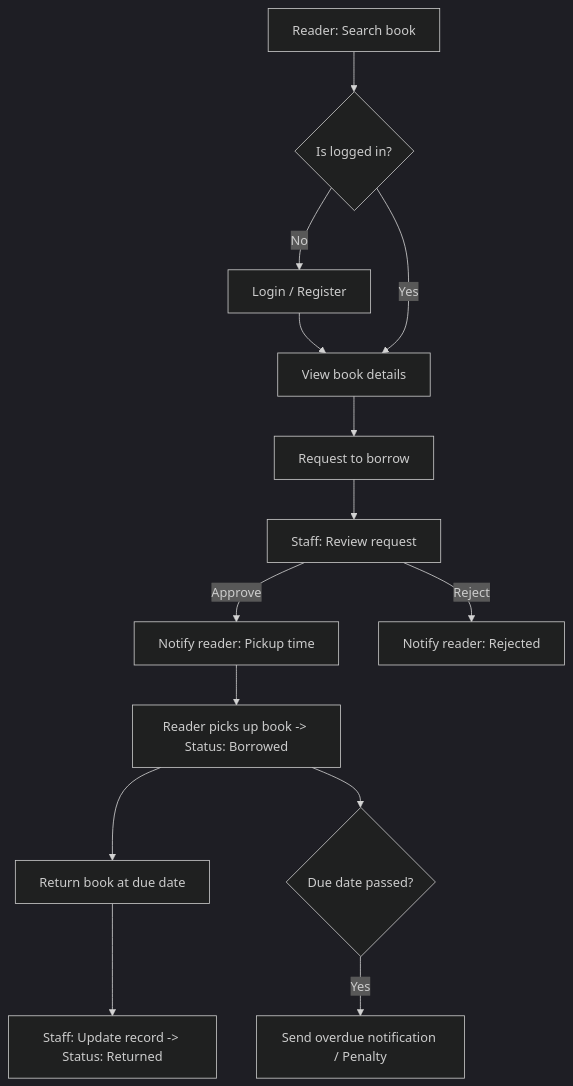
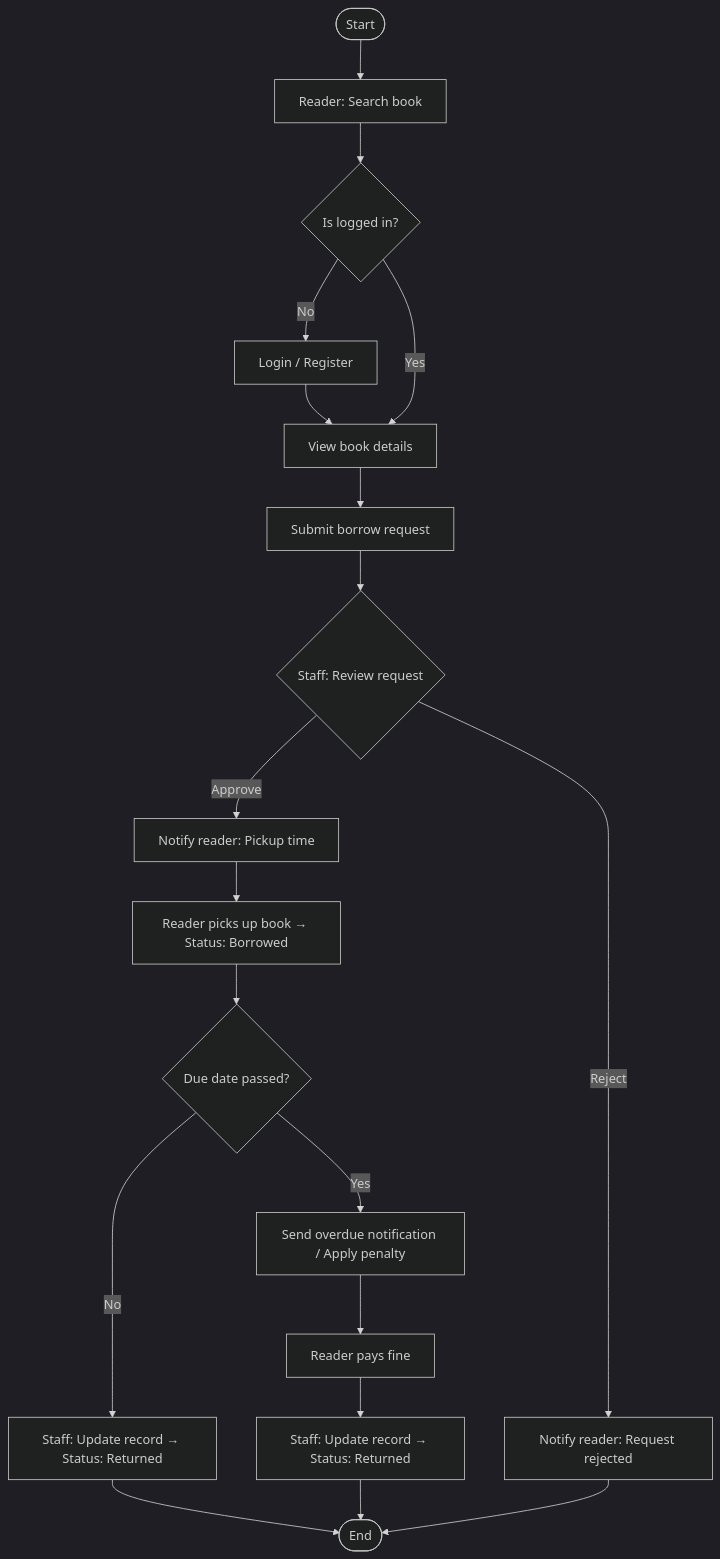
Before and after one commit to lthnhuw/Library-Borrowing-Management-System: the diagram in README.md, drawn with Mermaid (dark theme).

````diff
--- a/README.md
+++ b/README.md
@@ -33,16 +33,37 @@
 ```mermaid
 flowchart TD
-  A[Reader: Search book] --> B{Is logged in?}
+  %% Start of process
+  Start([Start]) --> A[Reader: Search book]
+
+  %% Login check
+  A --> B{Is logged in?}
   B -- No --> C[Login / Register]
   C --> D[View book details]
   B -- Yes --> D
-  D --> E[Request to borrow]
-  E --> F[Staff: Review request]
+
+  %% Borrow request
+  D --> E[Submit borrow request]
+
+  %% Staff review
+  E --> F{Staff: Review request}
   F -- Approve --> G[Notify reader: Pickup time]
-  F -- Reject --> H[Notify reader: Rejected]
-  G --> I[Reader picks up book -> Status: Borrowed]
-  I --> J[Return book at due date]
-  J --> K[Staff: Update record -> Status: Returned]
+  F -- Reject --> H[Notify reader: Request rejected]
+
+  %% Borrowed status
+  G --> I[Reader picks up book → Status: Borrowed]
+
+  %% Due date check
   I --> L{Due date passed?}
-  L -- Yes --> M[Send overdue notification / Penalty]
+  L -- No --> K[Staff: Update record → Status: Returned]
+  L -- Yes --> M[Send overdue notification / Apply penalty]
+
+  %% After penalty
+  M --> N[Reader pays fine]
+  N --> O[Staff: Update record → Status: Returned]
+
+  %% End of process
+  K --> End([End])
+  O --> End
+  H --> End
+
 ```
````
